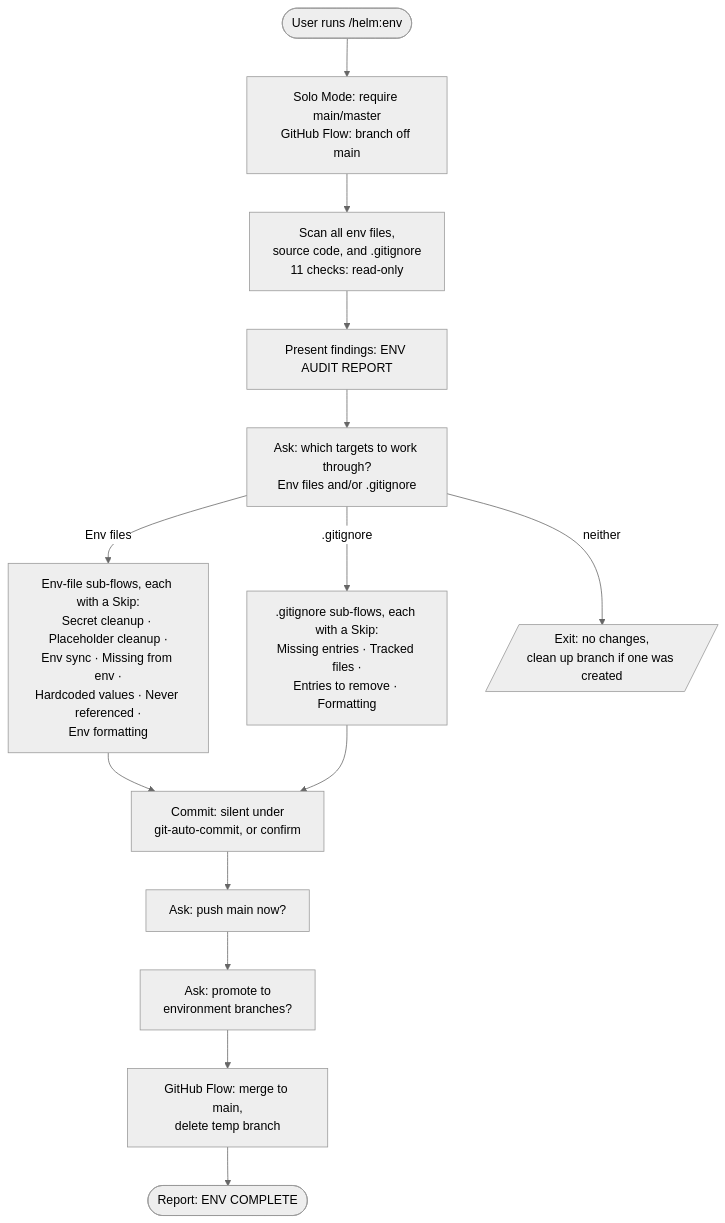
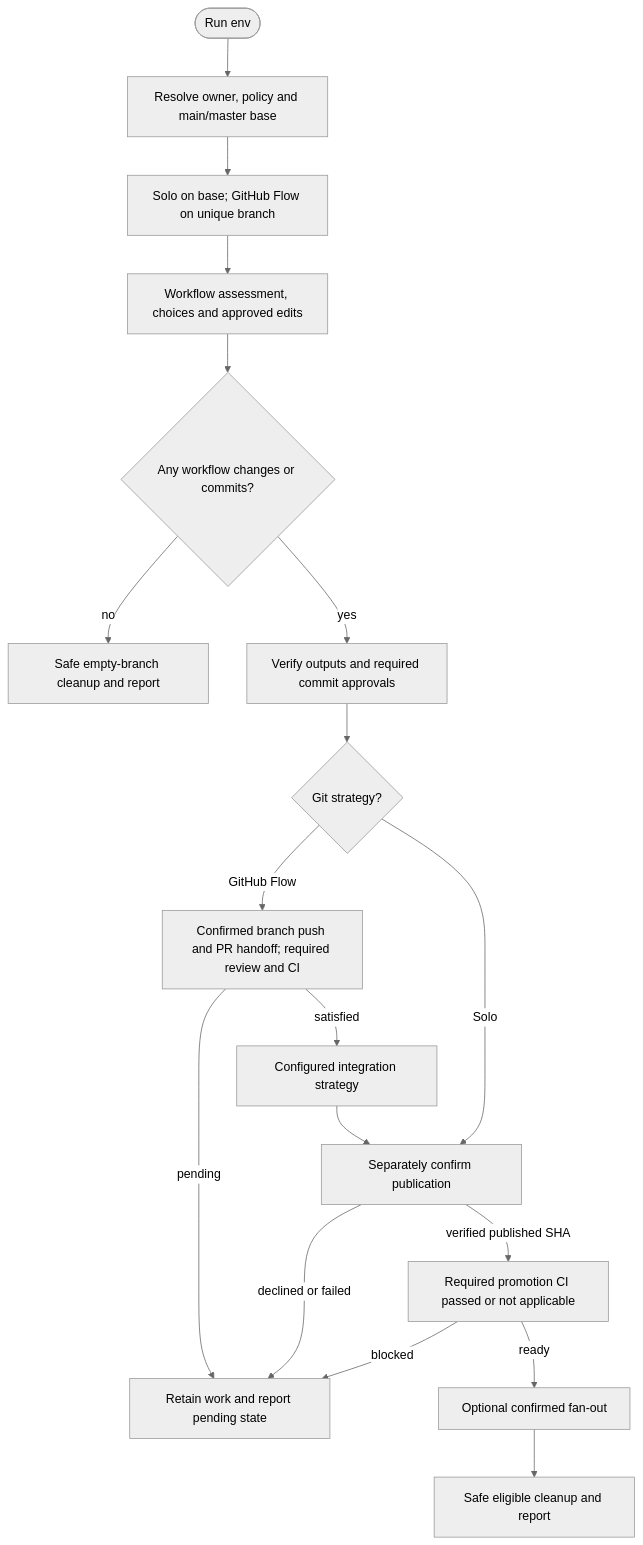
Before and after one commit to myowinthein/agent-helm: the diagram in docs/commands/env.md, drawn with Mermaid (neutral theme). The commit also changed other lines of this file and 30 other files, not shown here.

````diff
--- a/docs/commands/env.md
+++ b/docs/commands/env.md
@@ -15,19 +15,20 @@
 ```mermaid
 flowchart TD
-  Start([User runs /helm:env]) --> Branch[Solo Mode: require main/master<br/>GitHub Flow: branch off main]
-  Branch --> Scan[Scan all env files,<br/>source code, and .gitignore<br/>11 checks: read-only]
-
-  Scan --> Report[Present findings: ENV AUDIT REPORT]
-  Report --> Ask[Ask: which targets to work through?<br/>Env files and/or .gitignore]
-
-  Ask -->|Env files| EnvFlows[Env-file sub-flows, each with a Skip:<br/>Secret cleanup · Placeholder cleanup ·<br/>Env sync · Missing from env ·<br/>Hardcoded values · Never referenced ·<br/>Env formatting]
-  Ask -->|.gitignore| GitFlows[.gitignore sub-flows, each with a Skip:<br/>Missing entries · Tracked files ·<br/>Entries to remove · Formatting]
-  Ask -->|neither| SkipExit[/Exit: no changes,<br/>clean up branch if one was created/]
-
-  EnvFlows --> Commit[Commit: silent under<br/>git-auto-commit, or confirm]
-  GitFlows --> Commit
-  Commit --> Push[Ask: push main now?]
-  Push --> Promote[Ask: promote to<br/>environment branches?]
-  Promote --> Cleanup[GitHub Flow: merge to main,<br/>delete temp branch]
-  Cleanup --> Done([Report: ENV COMPLETE])
+  Start([Run env]) --> Prepare[Resolve owner, policy and main/master base]
+  Prepare --> Branch[Solo on base; GitHub Flow on unique branch]
+  Branch --> Work[Workflow assessment, choices and approved edits]
+  Work --> Changed{Any workflow changes or commits?}
+  Changed -->|no| Noop[Safe empty-branch cleanup and report]
+  Changed -->|yes| Verify[Verify outputs and required commit approvals]
+  Verify --> Mode{Git strategy?}
+  Mode -->|GitHub Flow| Review[Confirmed branch push and PR handoff; required review and CI]
+  Review -->|pending| Pending[Retain work and report pending state]
+  Review -->|satisfied| Merge[Configured integration strategy]
+  Mode -->|Solo| Push
+  Merge --> Push[Separately confirm publication]
+  Push -->|declined or failed| Pending
+  Push -->|verified published SHA| CI[Required promotion CI passed or not applicable]
+  CI -->|blocked| Pending
+  CI -->|ready| Promote[Optional confirmed fan-out]
+  Promote --> Cleanup[Safe eligible cleanup and report]
 ```
````
